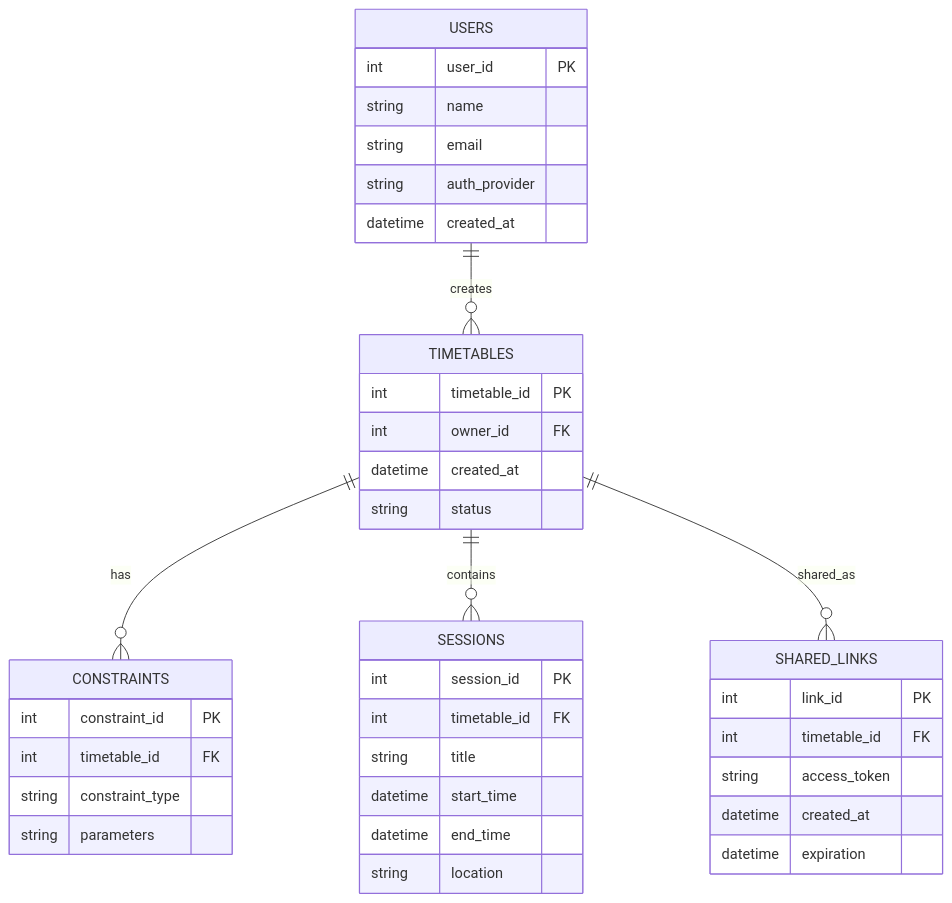
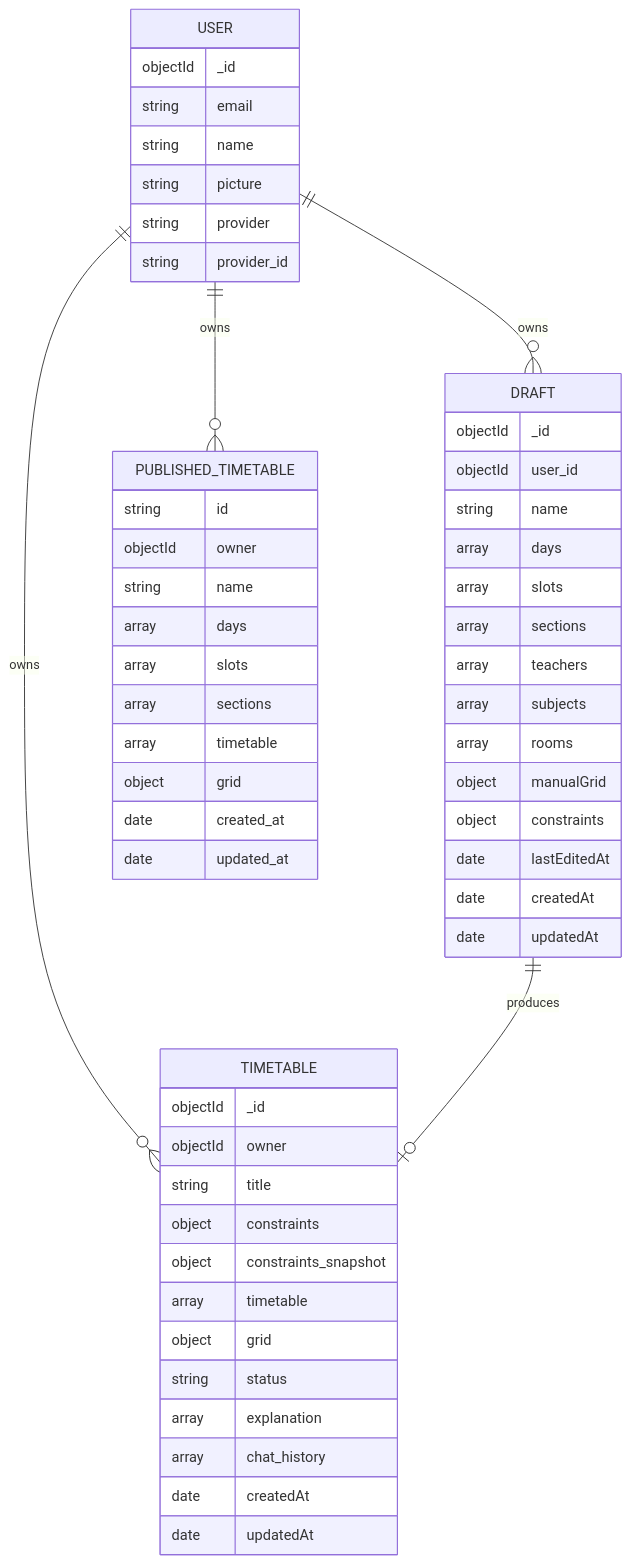
The diagram in ErDiagram.md (neel3o115/timetable3o), drawn with Mermaid before and after one commit. The commit also changed other lines of this file and 5 other files, not shown here.

Commit message:
docs: add updated system design diagrams (ER, sequence, use-case)

````diff
--- a/ErDiagram.md
+++ b/ErDiagram.md
@@ -3,47 +3,61 @@
 ```mermaid
 erDiagram
+    USER ||--o{ DRAFT : owns
+    USER ||--o{ TIMETABLE : owns
+    USER ||--o{ PUBLISHED_TIMETABLE : owns
+    DRAFT ||--o| TIMETABLE : produces
 
-USERS {
-  int user_id PK
-  string name
-  string email
-  string auth_provider
-  datetime created_at
-}
+    USER {
+        objectId _id
+        string email
+        string name
+        string picture
+        string provider
+        string provider_id
+    }
 
-TIMETABLES {
-  int timetable_id PK
-  int owner_id FK
-  datetime created_at
-  string status
-}
+    DRAFT {
+        objectId _id
+        objectId user_id
+        string name
+        array days
+        array slots
+        array sections
+        array teachers
+        array subjects
+        array rooms
+        object manualGrid
+        object constraints
+        date lastEditedAt
+        date createdAt
+        date updatedAt
+    }
 
-CONSTRAINTS {
-  int constraint_id PK
-  int timetable_id FK
-  string constraint_type
-  string parameters
-}
+    TIMETABLE {
+        objectId _id
+        objectId owner
+        string title
+        object constraints
+        object constraints_snapshot
+        array timetable
+        object grid
+        string status
+        array explanation
+        array chat_history
+        date createdAt
+        date updatedAt
+    }
 
-SESSIONS {
-  int session_id PK
-  int timetable_id FK
-  string title
-  datetime start_time
-  datetime end_time
-  string location
-}
-
-SHARED_LINKS {
-  int link_id PK
-  int timetable_id FK
-  string access_token
-  datetime created_at
-  datetime expiration
-}
-
-USERS ||--o{ TIMETABLES : creates
-TIMETABLES ||--o{ CONSTRAINTS : has
-TIMETABLES ||--o{ SESSIONS : contains
-TIMETABLES ||--o{ SHARED_LINKS : shared_as
+    PUBLISHED_TIMETABLE {
+        string id
+        objectId owner
+        string name
+        array days
+        array slots
+        array sections
+        array timetable
+        object grid
+        date created_at
+        date updated_at
+    }
 ```
````
